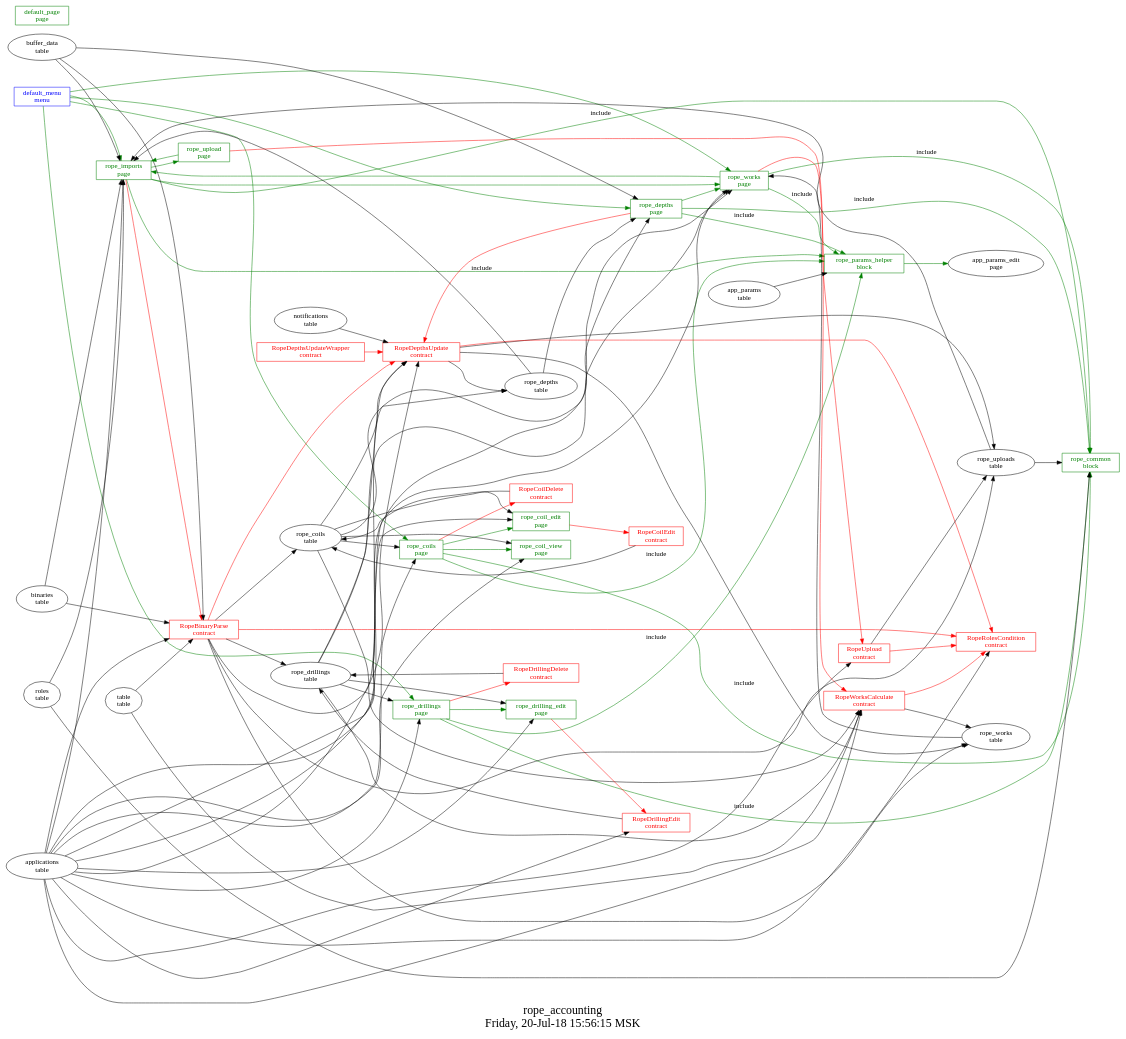
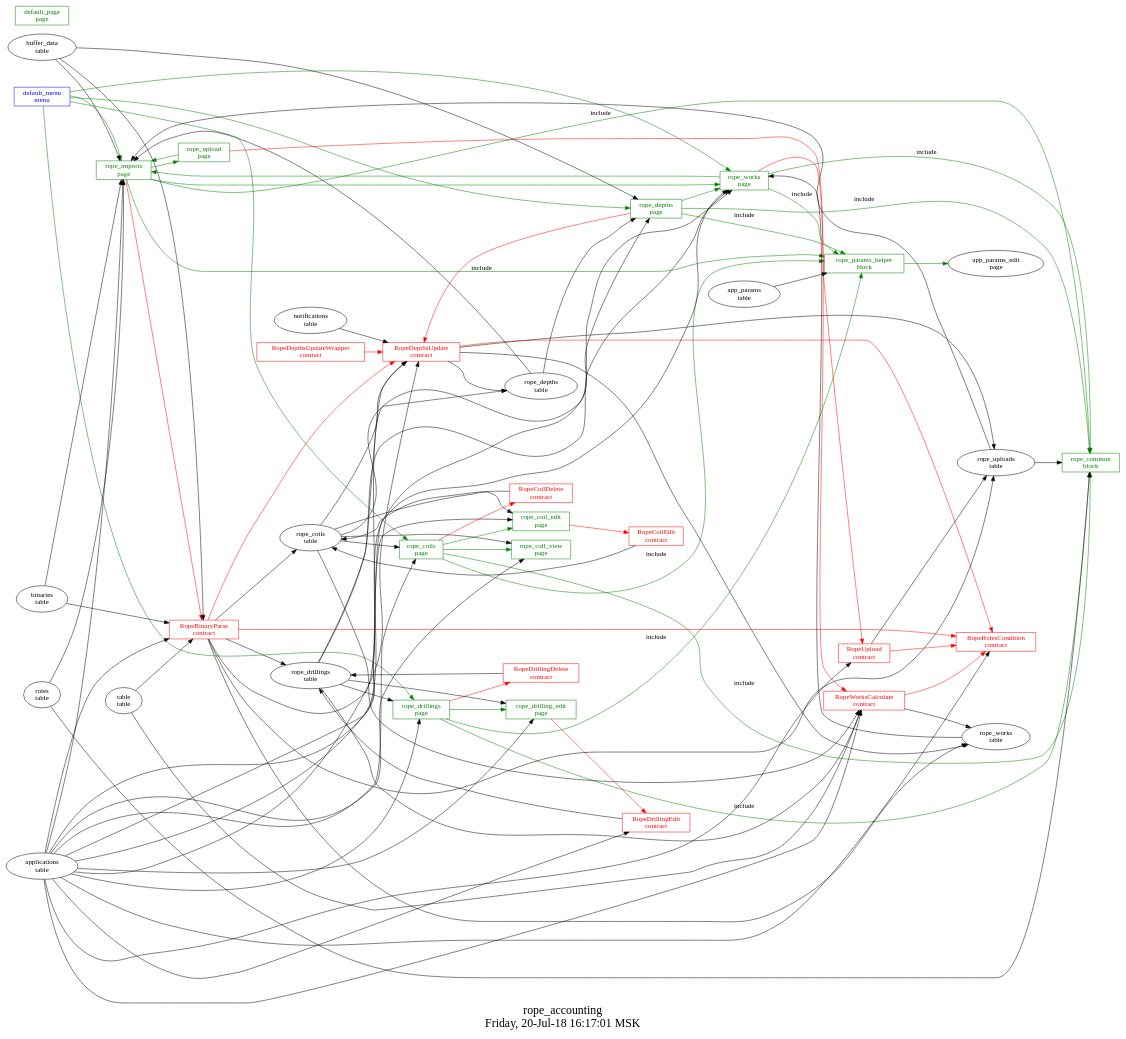
The diagram in src/rope_accounting/struct.dot (AplaProject/apps), drawn with Graphviz before and after one commit. The commit also changed 2 other files, not shown here.

```diff
--- a/src/rope_accounting/struct.dot
+++ b/src/rope_accounting/struct.dot
@@ -1,129 +1,129 @@
 digraph G {
 fontsize="24";
-label="rope_accounting\nFriday, 20-Jul-18 15:56:15 MSK";
+label="rope_accounting\nFriday, 20-Jul-18 16:17:01 MSK";
 nojustify=true;
 ordering=out;
 rankdir=LR;
 size="30";
 "default_menu\nmenu" -> "rope_imports\npage"  [ color=green ]
 "default_menu\nmenu" -> "rope_works\npage"  [ color=green ]
 "default_menu\nmenu" -> "rope_depths\npage"  [ color=green ]
 "default_menu\nmenu" -> "rope_drillings\npage"  [ color=green ]
 "default_menu\nmenu" -> "rope_coils\npage"  [ color=green ]
 "default_menu\nmenu" [color=blue, fontcolor=blue, group=menus, shape=record];
 "default_page\npage" [color=green, fontcolor=green, group=pages, shape=record];
 "rope_coil_edit\npage" -> "RopeCoilEdit\ncontract"  [ color=red ]
 "applications\ntable" -> "rope_coil_edit\npage"
 "rope_coils\ntable" -> "rope_coil_edit\npage"
 "rope_coil_edit\npage" [color=green, fontcolor=green, group=pages, shape=record];
 "applications\ntable" -> "rope_coil_view\npage"
 "rope_coils\ntable" -> "rope_coil_view\npage"
 "rope_coil_view\npage" [color=green, fontcolor=green, group=pages, shape=record];
 "rope_coils\npage" -> "RopeCoilDelete\ncontract"  [ color=red ]
 "applications\ntable" -> "rope_coils\npage"
 "rope_coils\ntable" -> "rope_coils\npage"
 "rope_coils\npage" -> "rope_coil_edit\npage"  [ color=green ]
 "rope_coils\npage" -> "rope_coil_view\npage"  [ color=green ]
 "rope_coils\npage" -> "rope_common\nblock"  [ color=green, label=include ]
 "rope_coils\npage" -> "rope_params_helper\nblock"  [ color=green, label=include ]
 "rope_coils\npage" [color=green, fontcolor=green, group=pages, shape=record];
 "rope_depths\npage" -> "RopeDepthsUpdate\ncontract"  [ color=red ]
 "applications\ntable" -> "rope_depths\npage"
 "rope_depths\ntable" -> "rope_depths\npage"
 "buffer_data\ntable" -> "rope_depths\npage"
 "rope_depths\npage" -> "rope_works\npage"  [ color=green ]
 "rope_depths\npage" -> "rope_common\nblock"  [ color=green, label=include ]
 "rope_depths\npage" -> "rope_params_helper\nblock"  [ color=green, label=include ]
 "rope_depths\npage" [color=green, fontcolor=green, group=pages, shape=record];
 "rope_drilling_edit\npage" -> "RopeDrillingEdit\ncontract"  [ color=red ]
 "applications\ntable" -> "rope_drilling_edit\npage"
 "rope_drillings\ntable" -> "rope_drilling_edit\npage"
 "rope_drilling_edit\npage" [color=green, fontcolor=green, group=pages, shape=record];
 "rope_drillings\npage" -> "RopeDrillingDelete\ncontract"  [ color=red ]
 "applications\ntable" -> "rope_drillings\npage"
 "rope_drillings\ntable" -> "rope_drillings\npage"
 "rope_drillings\npage" -> "rope_drilling_edit\npage"  [ color=green ]
 "rope_drillings\npage" -> "rope_common\nblock"  [ color=green, label=include ]
 "rope_drillings\npage" -> "rope_params_helper\nblock"  [ color=green, label=include ]
 "rope_drillings\npage" [color=green, fontcolor=green, group=pages, shape=record];
 "rope_imports\npage" -> "RopeBinaryParse\ncontract"  [ color=red ]
 "applications\ntable" -> "rope_imports\npage"
 "roles\ntable" -> "rope_imports\npage"
 "rope_uploads\ntable" -> "rope_imports\npage"
 "binaries\ntable" -> "rope_imports\npage"
 "rope_depths\ntable" -> "rope_imports\npage"
 "buffer_data\ntable" -> "rope_imports\npage"
 "rope_imports\npage" -> "rope_upload\npage"  [ color=green ]
 "rope_imports\npage" -> "rope_works\npage"  [ color=green ]
 "rope_imports\npage" -> "rope_common\nblock"  [ color=green, label=include ]
 "rope_imports\npage" -> "rope_params_helper\nblock"  [ color=green, label=include ]
 "rope_imports\npage" [color=green, fontcolor=green, group=pages, shape=record];
 "rope_upload\npage" -> "RopeUpload\ncontract"  [ color=red ]
 "rope_upload\npage" -> "rope_imports\npage"  [ color=green ]
 "rope_upload\npage" [color=green, fontcolor=green, group=pages, shape=record];
 "rope_works\npage" -> "RopeWorksCalculate\ncontract"  [ color=red ]
 "applications\ntable" -> "rope_works\npage"
 "rope_works\ntable" -> "rope_works\npage"
 "rope_drillings\ntable" -> "rope_works\npage"
 "rope_coils\ntable" -> "rope_works\npage"
 "rope_works\npage" -> "rope_imports\npage"  [ color=green ]
 "rope_works\npage" -> "rope_common\nblock"  [ color=green, label=include ]
 "rope_works\npage" -> "rope_params_helper\nblock"  [ color=green, label=include ]
 "rope_works\npage" [color=green, fontcolor=green, group=pages, shape=record];
 "roles\ntable" -> "rope_common\nblock"
 "rope_uploads\ntable" -> "rope_common\nblock"
 "rope_common\nblock" [color=green, fontcolor=green, group=blocks, shape=record];
 "app_params\ntable" -> "rope_params_helper\nblock"
 "rope_params_helper\nblock" -> "app_params_edit\npage"  [ color=green ]
 "rope_params_helper\nblock" [color=green, fontcolor=green, group=blocks, shape=record];
 "RopeBinaryParse\ncontract" -> "RopeDepthsUpdate\ncontract"  [ color=red ]
 "RopeBinaryParse\ncontract" -> "RopeRolesCondition\ncontract"  [ color=red ]
 "RopeBinaryParse\ncontract" -> "rope_coils\ntable"  [ color="" ]
 "RopeBinaryParse\ncontract" -> "rope_drillings\ntable"  [ color="" ]
 "RopeBinaryParse\ncontract" -> "rope_works\ntable"  [ color="" ]
 "RopeBinaryParse\ncontract" -> "rope_depths\ntable"  [ color="" ]
 "RopeBinaryParse\ncontract" -> "rope_uploads\ntable"  [ color="" ]
 "table\ntable" -> "RopeBinaryParse\ncontract"
 "buffer_data\ntable" -> "RopeBinaryParse\ncontract"
 "binaries\ntable" -> "RopeBinaryParse\ncontract"
 "applications\ntable" -> "RopeBinaryParse\ncontract"
 "RopeBinaryParse\ncontract" [color=red, fontcolor=red, group=contracts, shape=record];
 "RopeCoilDelete\ncontract" -> "rope_coils\ntable"  [ color="" ]
 "RopeCoilDelete\ncontract" [color=red, fontcolor=red, group=contracts, shape=record];
 "RopeCoilEdit\ncontract" -> "rope_coils\ntable"  [ color="" ]
 "RopeCoilEdit\ncontract" [color=red, fontcolor=red, group=contracts, shape=record];
 "RopeDepthsUpdate\ncontract" -> "RopeRolesCondition\ncontract"  [ color=red ]
 "RopeDepthsUpdate\ncontract" -> "rope_uploads\ntable"  [ color="" ]
 "RopeDepthsUpdate\ncontract" -> "rope_works\ntable"  [ color="" ]
 "RopeDepthsUpdate\ncontract" -> "rope_depths\ntable"  [ color="" ]
 "notifications\ntable" -> "RopeDepthsUpdate\ncontract"
 "rope_drillings\ntable" -> "RopeDepthsUpdate\ncontract"
 "rope_coils\ntable" -> "RopeDepthsUpdate\ncontract"
 "applications\ntable" -> "RopeDepthsUpdate\ncontract"
 "RopeDepthsUpdate\ncontract" [color=red, fontcolor=red, group=contracts, shape=record];
 "RopeDepthsUpdateWrapper\ncontract" -> "RopeDepthsUpdate\ncontract"  [ color=red ]
 "RopeDepthsUpdateWrapper\ncontract" [color=red, fontcolor=red, group=contracts, shape=record];
 "RopeDrillingDelete\ncontract" -> "rope_drillings\ntable"  [ color="" ]
 "RopeDrillingDelete\ncontract" [color=red, fontcolor=red, group=contracts, shape=record];
 "RopeDrillingEdit\ncontract" -> "rope_drillings\ntable"  [ color="" ]
 "applications\ntable" -> "RopeDrillingEdit\ncontract"
 "RopeDrillingEdit\ncontract" [color=red, fontcolor=red, group=contracts, shape=record];
 "applications\ntable" -> "RopeRolesCondition\ncontract"
 "RopeRolesCondition\ncontract" [color=red, fontcolor=red, group=contracts, shape=record];
 "RopeUpload\ncontract" -> "RopeRolesCondition\ncontract"  [ color=red ]
 "RopeUpload\ncontract" -> "rope_uploads\ntable"  [ color="" ]
 "applications\ntable" -> "RopeUpload\ncontract"
 "RopeUpload\ncontract" [color=red, fontcolor=red, group=contracts, shape=record];
 "RopeWorksCalculate\ncontract" -> "RopeRolesCondition\ncontract"  [ color=red ]
 "RopeWorksCalculate\ncontract" -> "rope_works\ntable"  [ color="" ]
 "table\ntable" -> "RopeWorksCalculate\ncontract"
 "applications\ntable" -> "RopeWorksCalculate\ncontract"
 "rope_coils\ntable" -> "RopeWorksCalculate\ncontract"
 "rope_drillings\ntable" -> "RopeWorksCalculate\ncontract"
 "RopeWorksCalculate\ncontract" [color=red, fontcolor=red, group=contracts, shape=record];
 "rope_coils\ntable" [color="", fontcolor="", group=tables, shape=""];
 "rope_depths\ntable" [color="", fontcolor="", group=tables, shape=""];
 "rope_drillings\ntable" [color="", fontcolor="", group=tables, shape=""];
 "rope_uploads\ntable" [color="", fontcolor="", group=tables, shape=""];
 "rope_works\ntable" [color="", fontcolor="", group=tables, shape=""];
 }
```
